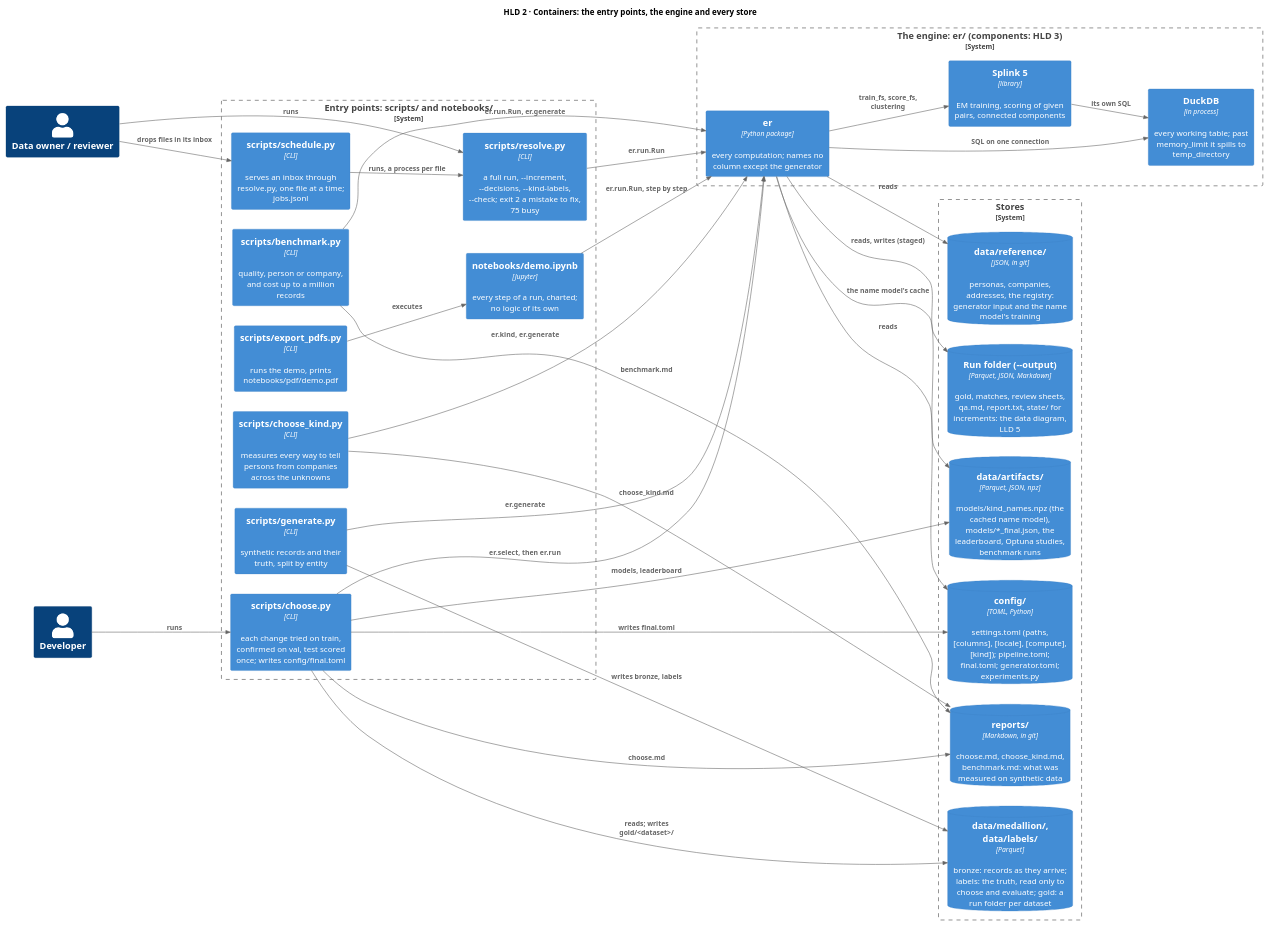
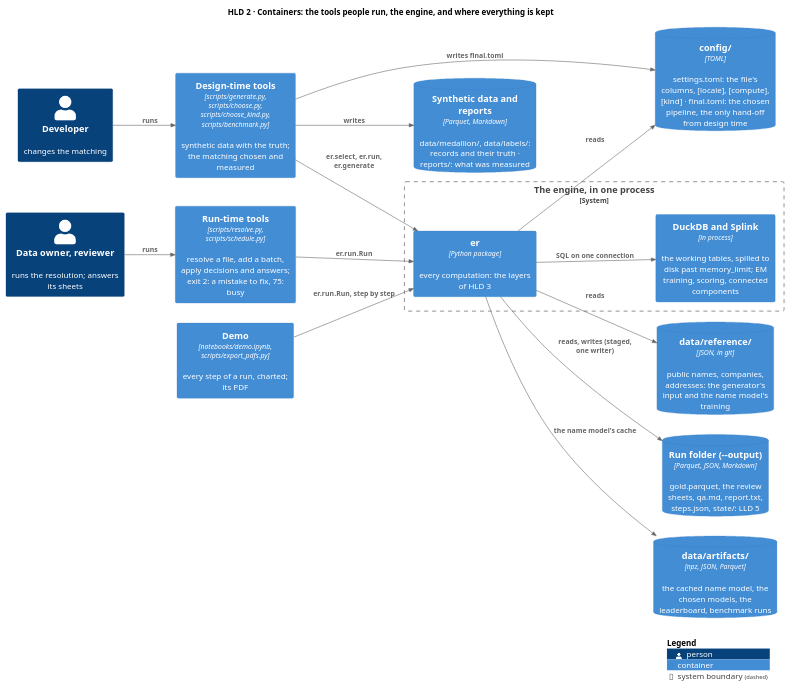
Before and after one commit to mvsbm/entity_matching: the diagram in docs/diagrams/containers.puml, drawn with PlantUML. The commit also changed 23 other files, not shown here.

First line of the commit message:
Diagrams a newcomer can read; a run keeps its config; CI

```diff
--- a/docs/diagrams/containers.puml
+++ b/docs/diagrams/containers.puml
@@ -1,61 +1,39 @@
 @startuml containers
 !include <C4/C4_Container>
 LAYOUT_LEFT_RIGHT()
 HIDE_STEREOTYPE()
-title HLD 2 · Containers: the entry points, the engine and every store
+title HLD 2 · Containers: the tools people run, the engine, and where everything is kept
 
-Person(owner, "Data owner / reviewer")
-Person(developer, "Developer")
+Person(owner, "Data owner, reviewer", "runs the resolution; answers its sheets")
+Person(developer, "Developer", "changes the matching")
 
-System_Boundary(entry, "Entry points: scripts/ and notebooks/") {
-  Container(resolve, "scripts/resolve.py", "CLI", "a full run, ~--increment, ~--decisions, ~--kind-labels, ~--check; exit 2 a mistake to fix, 75 busy")
-  Container(schedule, "scripts/schedule.py", "CLI", "serves an inbox through resolve.py, one file at a time; jobs.jsonl")
-  Container(generate, "scripts/generate.py", "CLI", "synthetic records and their truth, split by entity")
-  Container(choose, "scripts/choose.py", "CLI", "each change tried on train, confirmed on val, test scored once; writes config/final.toml")
-  Container(choose_kind, "scripts/choose_kind.py", "CLI", "measures every way to tell persons from companies across the unknowns")
-  Container(benchmark, "scripts/benchmark.py", "CLI", "quality, person or company, and cost up to a million records")
-  Container(export, "scripts/export_pdfs.py", "CLI", "runs the demo, prints notebooks/pdf/demo.pdf")
-  Container(demo, "notebooks/demo.ipynb", "Jupyter", "every step of a run, charted; no logic of its own")
+Container(runtime, "Run-time tools", "scripts/resolve.py, scripts/schedule.py", "resolve a file, add a batch, apply decisions and answers; exit 2: a mistake to fix, 75: busy")
+Container(designtime, "Design-time tools", "scripts/generate.py, scripts/choose.py, scripts/choose_kind.py, scripts/benchmark.py", "synthetic data with the truth; the matching chosen and measured")
+Container(demo, "Demo", "notebooks/demo.ipynb, scripts/export_pdfs.py", "every step of a run, charted; its PDF")
+
+System_Boundary(engine, "The engine, in one process") {
+  Container(er, "er", "Python package", "every computation: the layers of HLD 3")
+  Container(duckdb, "DuckDB and Splink", "in process", "the working tables, spilled to disk past memory_limit; EM training, scoring, connected components")
 }
 
-System_Boundary(engine, "The engine: er/ (components: HLD 3)") {
-  Container(er, "er", "Python package", "every computation; names no column except the generator")
-  Container(duckdb, "DuckDB", "in process", "every working table; past memory_limit it spills to temp_directory")
-  Container(splink, "Splink 5", "library", "EM training, scoring of given pairs, connected components")
-}
+ContainerDb(config, "config/", "TOML", "settings.toml: the file's columns, [locale], [compute], [kind] · final.toml: the chosen pipeline, the only hand-off from design time")
+ContainerDb(reference, "data/reference/", "JSON, in git", "public names, companies, addresses: the generator's input and the name model's training")
+ContainerDb(runfolder, "Run folder (~--output)", "Parquet, JSON, Markdown", "gold.parquet, the review sheets, qa.md, report.txt, steps.json, state/: LLD 5")
+ContainerDb(artifacts, "data/artifacts/", "npz, JSON, Parquet", "the cached name model, the chosen models, the leaderboard, benchmark runs")
+ContainerDb(synthetic, "Synthetic data and reports", "Parquet, Markdown", "data/medallion/, data/labels/: records and their truth · reports/: what was measured")
 
-System_Boundary(stores, "Stores") {
-  ContainerDb(config, "config/", "TOML, Python", "settings.toml (paths, [columns], [locale], [compute], [kind]); pipeline.toml; final.toml; generator.toml; experiments.py")
-  ContainerDb(reference, "data/reference/", "JSON, in git", "personas, companies, addresses, the registry: generator input and the name model's training")
-  ContainerDb(medallion, "data/medallion/, data/labels/", "Parquet", "bronze: records as they arrive; labels: the truth, read only to choose and evaluate; gold: a run folder per dataset")
-  ContainerDb(runfolder, "Run folder (~--output)", "Parquet, JSON, Markdown", "gold, matches, review sheets, qa.md, report.txt, state/ for increments: the data diagram, LLD 5")
-  ContainerDb(artifacts, "data/artifacts/", "Parquet, JSON, npz", "models/kind_names.npz (the cached name model), models/*_final.json, the leaderboard, Optuna studies, benchmark runs")
-  ContainerDb(reports, "reports/", "Markdown, in git", "choose.md, choose_kind.md, benchmark.md: what was measured on synthetic data")
-}
-
-Rel(owner, resolve, "runs")
-Rel(owner, schedule, "drops files in its inbox")
-Rel(developer, choose, "runs")
-Rel(schedule, resolve, "runs, a process per file")
-Rel(resolve, er, "er.run.Run")
-Rel(benchmark, er, "er.run.Run, er.generate")
-Rel(choose, er, "er.select, then er.run")
-Rel(choose_kind, er, "er.kind, er.generate")
-Rel(generate, er, "er.generate")
+Rel(owner, runtime, "runs")
+Rel(developer, designtime, "runs")
+Rel(runtime, er, "er.run.Run")
+Rel(designtime, er, "er.select, er.run, er.generate")
 Rel(demo, er, "er.run.Run, step by step")
-Rel(export, demo, "executes")
 Rel(er, duckdb, "SQL on one connection")
-Rel(er, splink, "train_fs, score_fs, clustering")
-Rel(splink, duckdb, "its own SQL")
 Rel(er, config, "reads")
 Rel(er, reference, "reads")
-Rel(generate, medallion, "writes bronze, labels")
-Rel(choose, medallion, "reads; writes gold/<dataset>/")
-Rel(choose, config, "writes final.toml")
-Rel(er, runfolder, "reads, writes (staged)")
+Rel(er, runfolder, "reads, writes (staged, one writer)")
 Rel(er, artifacts, "the name model's cache")
-Rel(choose, artifacts, "models, leaderboard")
-Rel(choose, reports, "choose.md")
-Rel(choose_kind, reports, "choose_kind.md")
-Rel(benchmark, reports, "benchmark.md")
+Rel(designtime, synthetic, "writes")
+Rel(designtime, config, "writes final.toml")
+
+SHOW_LEGEND()
 @enduml
```
